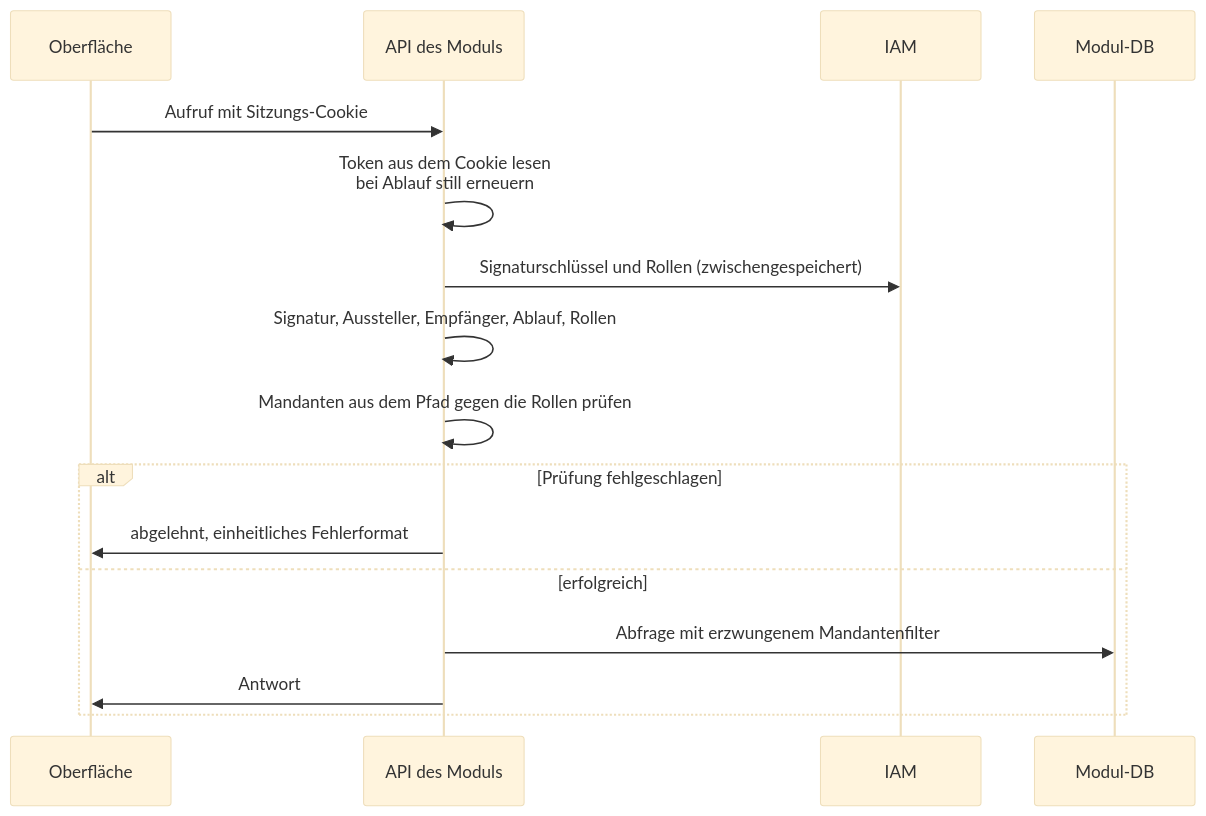
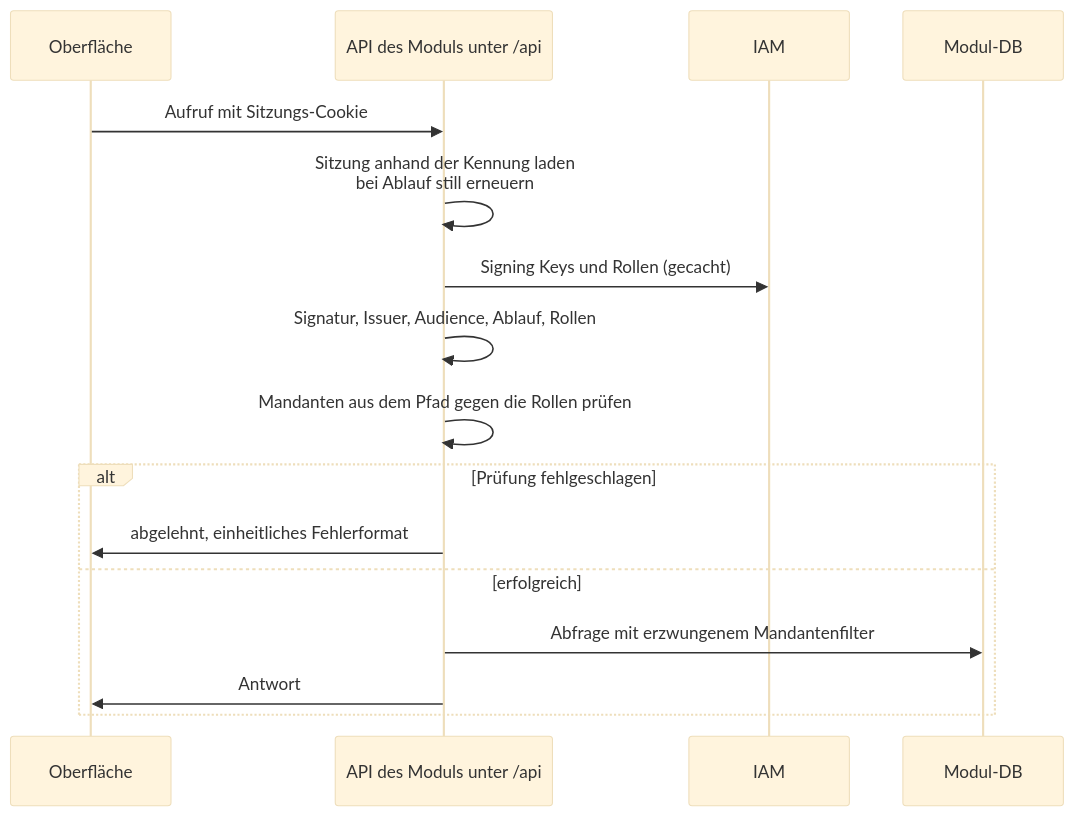
Before and after one commit to tiri/reference-architecture: diagram 11 of 15 in arch-docs/README.md, drawn with Mermaid (base theme). The commit also changed other lines of this file and 1 other file, not shown here.

````diff
--- a/arch-docs/README.md
+++ b/arch-docs/README.md
@@ -459,18 +514,18 @@
 ```mermaid
 sequenceDiagram
     participant F as Oberfläche
-    participant A as API des Moduls
+    participant A as API des Moduls unter /api
     participant I as IAM
     participant D as Modul-DB
     F->>A: Aufruf mit Sitzungs-Cookie
-    A->>A: Token aus dem Cookie lesen<br/>bei Ablauf still erneuern
-    A->>I: Signaturschlüssel und Rollen (zwischengespeichert)
-    A->>A: Signatur, Aussteller, Empfänger, Ablauf, Rollen
+    A->>A: Sitzung anhand der Kennung laden<br/>bei Ablauf still erneuern
+    A->>I: Signing Keys und Rollen (gecacht)
+    A->>A: Signatur, Issuer, Audience, Ablauf, Rollen
     A->>A: Mandanten aus dem Pfad gegen die Rollen prüfen
     alt Prüfung fehlgeschlagen
         A->>F: abgelehnt, einheitliches Fehlerformat
     else erfolgreich
         A->>D: Abfrage mit erzwungenem Mandantenfilter
         A->>F: Antwort
     end
 ```
````
